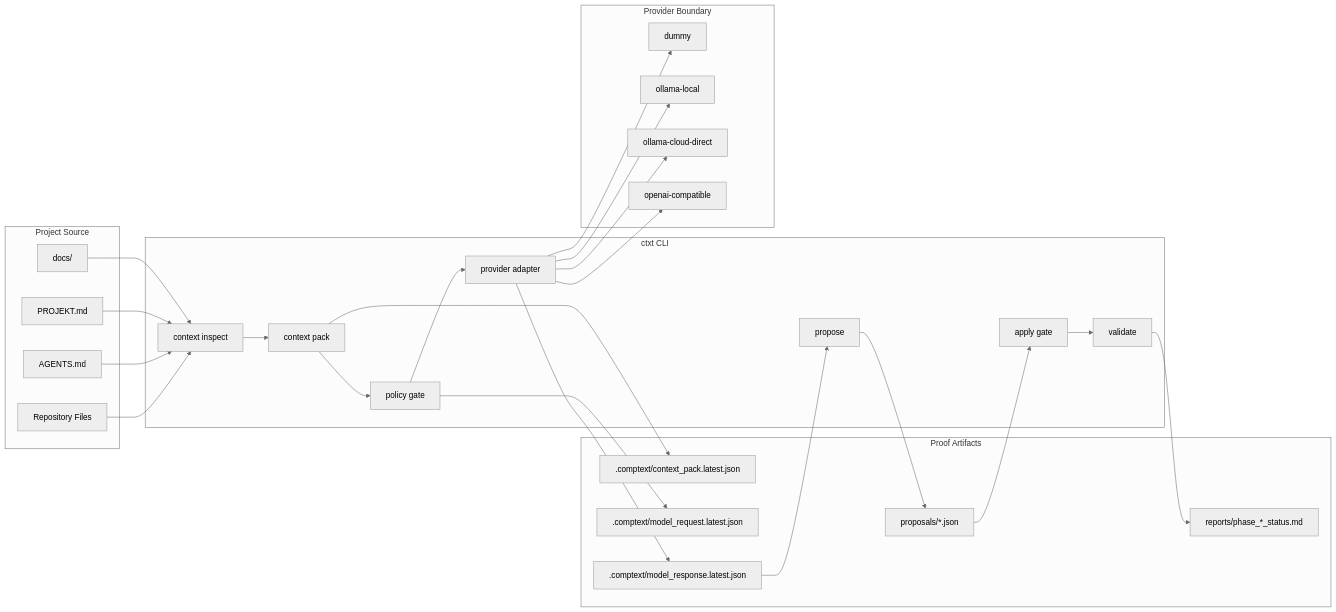
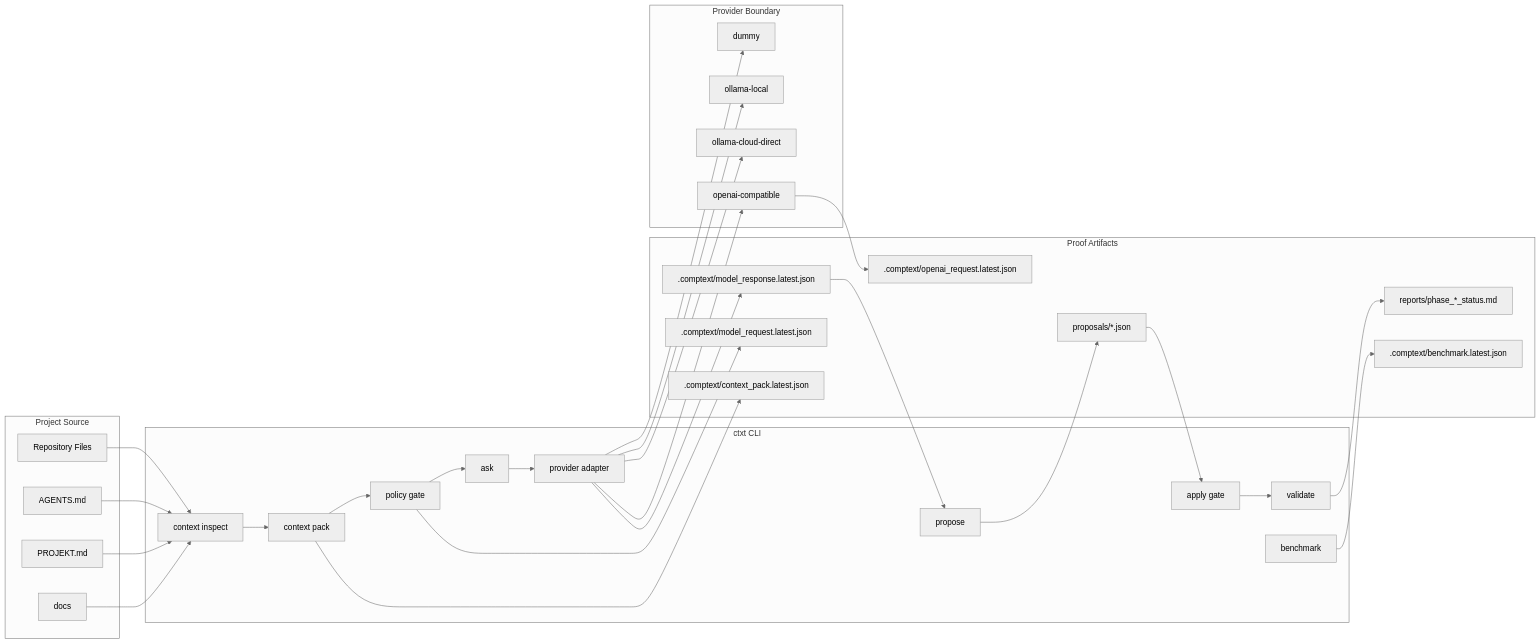
Before and after one commit to ProfRandom92/comptext-cli: the second of 11 diagrams in README.md, drawn with Mermaid (neutral theme). The commit also changed other lines of this file, not shown here.

````diff
--- a/README.md
+++ b/README.md
@@ -47,54 +47,61 @@
 ```mermaid
 flowchart LR
     subgraph Source[Project Source]
         R[Repository Files]
         A[AGENTS.md]
         P[PROJEKT.md]
-        D[docs/]
+        D[docs]
     end
 
     subgraph CompText[ctxt CLI]
         CI[context inspect]
         CP[context pack]
         PG[policy gate]
+        ASK[ask]
         PA[provider adapter]
         PR[propose]
         AG[apply gate]
         VA[validate]
+        BM[benchmark]
     end
 
     subgraph Artifacts[Proof Artifacts]
         CPK[.comptext/context_pack.latest.json]
         MR[.comptext/model_request.latest.json]
         MS[.comptext/model_response.latest.json]
+        ORQ[.comptext/openai_request.latest.json]
+        BA[.comptext/benchmark.latest.json]
         PP[proposals/*.json]
         RP[reports/phase_*_status.md]
     end
 
     subgraph Providers[Provider Boundary]
         DU[dummy]
         OL[ollama-local]
         OC[ollama-cloud-direct]
         OA[openai-compatible]
     end
 
     R --> CI
     A --> CI
     P --> CI
     D --> CI
     CI --> CP
     CP --> PG
-    PG --> PA
+    PG --> ASK
+    ASK --> PA
     PA --> DU
     PA --> OL
     PA --> OC
     PA --> OA
     PA --> MS
+    OA --> ORQ
     CP --> CPK
     PG --> MR
     MS --> PR
     PR --> PP
     PP --> AG
     AG --> VA
     VA --> RP
+    BM --> BA
 ```
````
